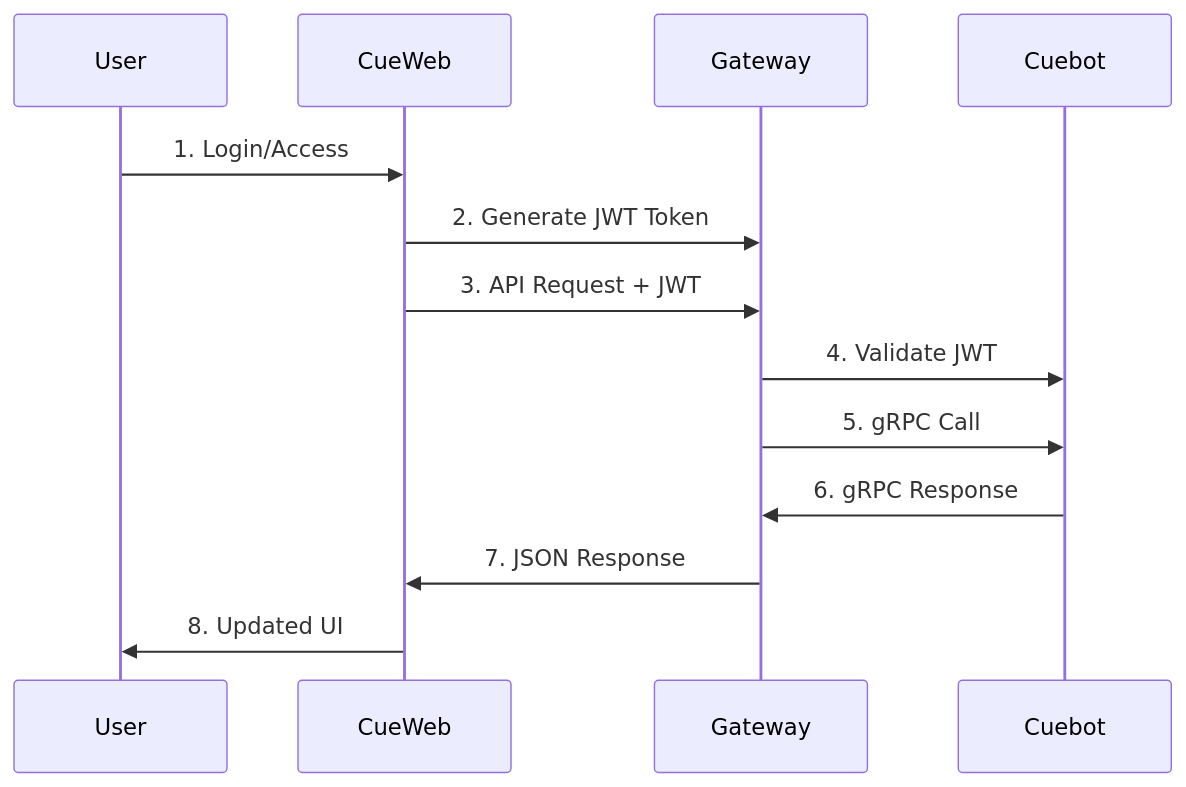
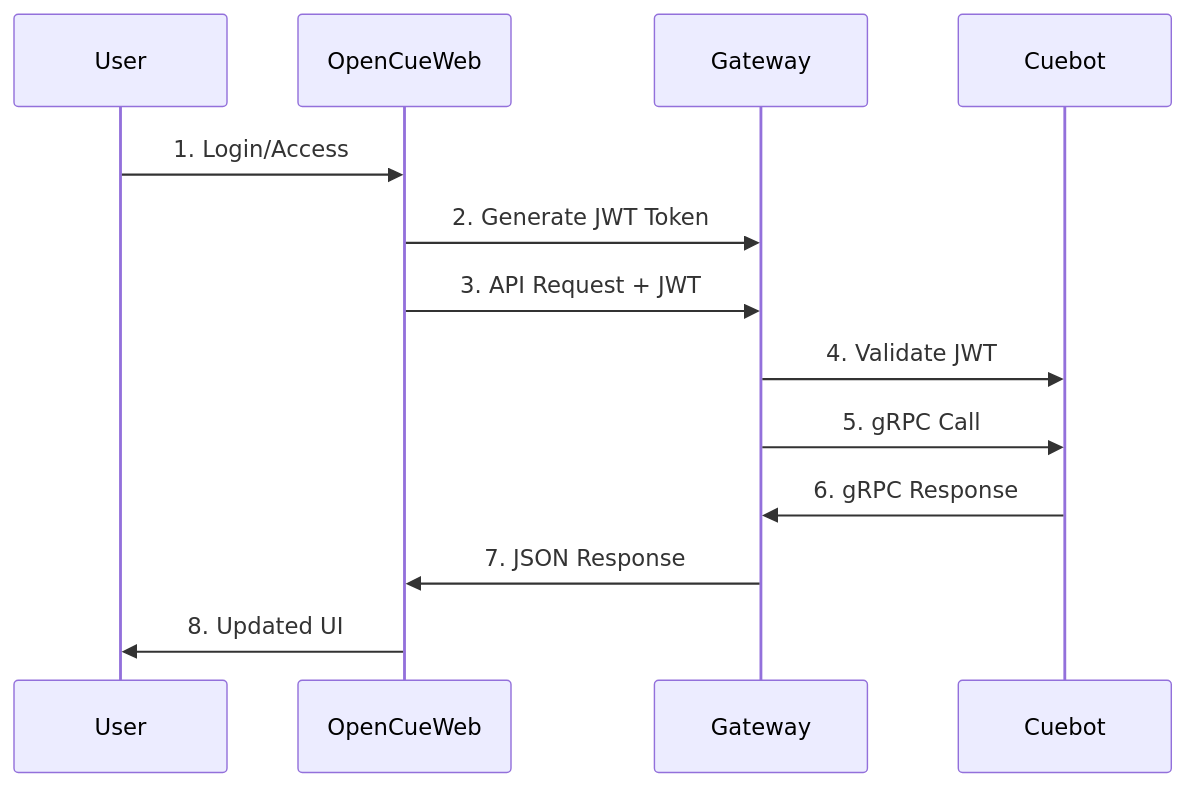
One commit to AcademySoftwareFoundation/OpenCue changed the second of 4 diagrams in docs/_docs/concepts/cueweb-rest-gateway.md. Above: the diagram before and after it, drawn with Mermaid. The commit also changed other lines of this file and 24 other files, not shown here.

First line of the commit message:
[cueweb/docs] Rename CueWeb to OpenCueWeb across documentation (#2484)

```diff
--- a/docs/_docs/concepts/cueweb-rest-gateway.md
+++ b/docs/_docs/concepts/cueweb-rest-gateway.md
@@ -111,16 +111,16 @@
 <div class="mermaid">
 sequenceDiagram
     participant U as User
-    participant C as CueWeb
+    participant C as OpenCueWeb
     participant G as Gateway
     participant B as Cuebot
 
     U->>C: 1. Login/Access
     C->>G: 2. Generate JWT Token
     C->>G: 3. API Request + JWT
     G->>B: 4. Validate JWT
     G->>B: 5. gRPC Call
     B->>G: 6. gRPC Response
     G->>C: 7. JSON Response
     C->>U: 8. Updated UI
 </div>
```
